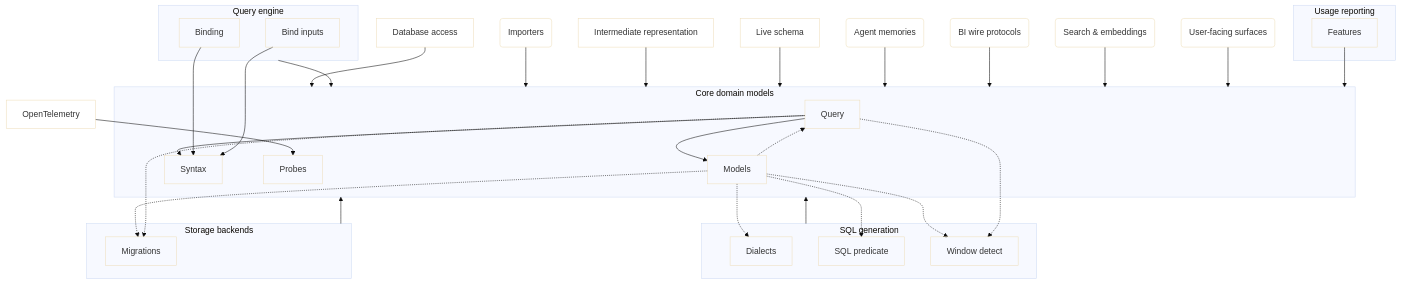
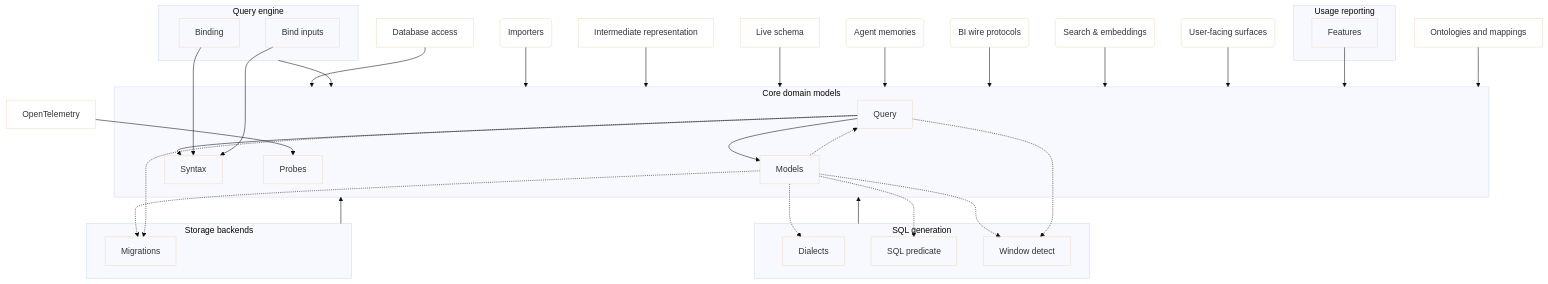
One commit to MotleyAI/slayer changed the diagram in architecture/python.core.arc42.md. Above: the diagram before and after it, drawn with Mermaid (base theme). The commit also changed 53 other files, not shown here.

````diff
--- a/architecture/python.core.arc42.md
+++ b/architecture/python.core.arc42.md
@@ -13,60 +13,62 @@
 ```mermaid
 flowchart TD
   %% core_focus: Core in context
   subgraph core["Core domain models"]
     core__query["Query"]
     core__models["Models"]
     core__syntax["Syntax"]
     core__probes["Probes"]
   end
   subgraph sql["SQL generation"]
     sql__dialects["Dialects"]
     sql__sql_predicate["SQL predicate"]
     sql__window_detect["Window detect"]
   end
   subgraph engine["Query engine"]
     engine__binding["Binding"]
     engine__bind_inputs["Bind inputs"]
   end
   database["Database access"]
   live_schema["Live schema"]
   ir["Intermediate representation"]
   subgraph storage["Storage backends"]
     storage__migrations["Migrations"]
   end
+  ontology["Ontologies and mappings"]
   importers("Importers")
   search("Search & embeddings")
   memories("Agent memories")
   protocols("BI wire protocols")
   subgraph usage_reporting["Usage reporting"]
     usage_reporting__features["Features"]
   end
   otel["OpenTelemetry"]
   surfaces("User-facing surfaces")
   core__models -.-> sql__dialects
   core__models -.-> sql__sql_predicate
   core__models -.-> sql__window_detect
   core__query -.-> sql__window_detect
   core__models -.-> storage__migrations
   core__query -.-> storage__migrations
   core__models -.-> core__query
   core__query --> core__models
   core__query --> core__syntax
   engine__binding --> core__syntax
   engine__bind_inputs --> core__syntax
   database --> core
   engine --> core
   importers --> core
   ir --> core
   live_schema --> core
   memories --> core
   protocols --> core
   search --> core
   sql --> core
   storage --> core
   surfaces --> core
   usage_reporting__features --> core
   otel --> core__probes
+  ontology --> core
   classDef leaf fill:none;
-  class core__query,core__models,core__syntax,core__probes,sql__dialects,sql__sql_predicate,sql__window_detect,engine__binding,engine__bind_inputs,database,live_schema,ir,storage__migrations,importers,search,memories,protocols,usage_reporting__features,otel,surfaces leaf;
+  class core__query,core__models,core__syntax,core__probes,sql__dialects,sql__sql_predicate,sql__window_detect,engine__binding,engine__bind_inputs,database,live_schema,ir,storage__migrations,ontology,importers,search,memories,protocols,usage_reporting__features,otel,surfaces leaf;
 ```
````
